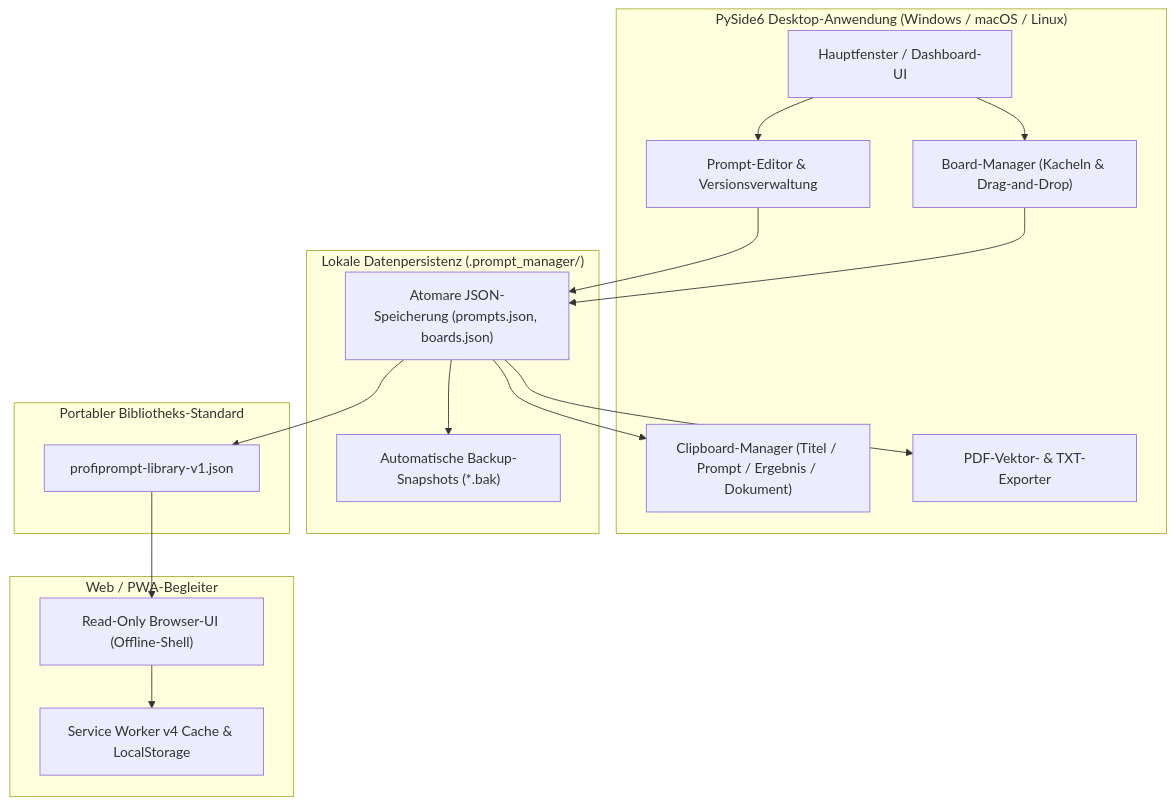
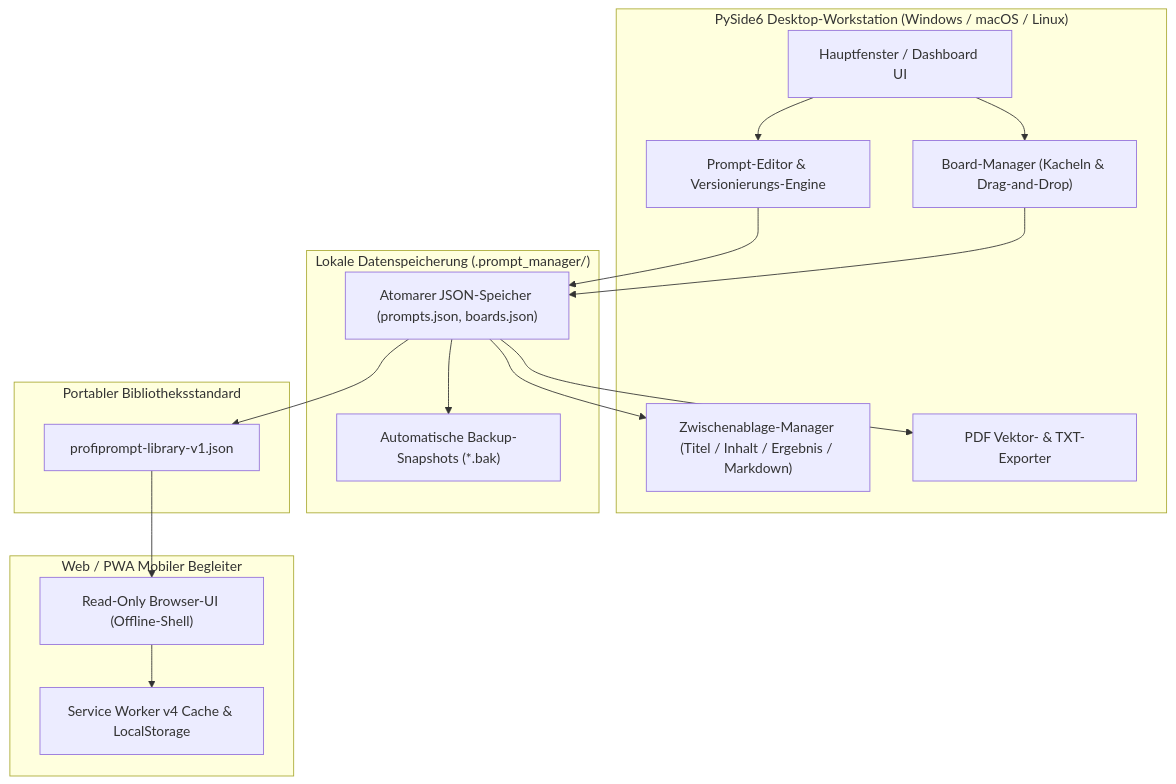
The first of 2 diagrams in README_de.md (file-bricks/ProfiPrompt), drawn with Mermaid before and after one commit. The commit also changed other lines of this file and 9 other files, not shown here.

Commit message:
chore(marketing): discoverability, visual architecture, bilingual parity, root NOTICE & Level 1 SBOM

````diff
--- a/README_de.md
+++ b/README_de.md
@@ -119,35 +128,35 @@
 ```mermaid
 flowchart TD
-    subgraph DesktopApp["PySide6 Desktop-Anwendung (Windows / macOS / Linux)"]
-        UI["Hauptfenster / Dashboard-UI"]
+    subgraph DesktopApp["PySide6 Desktop-Workstation (Windows / macOS / Linux)"]
+        UI["Hauptfenster / Dashboard UI"]
         BM["Board-Manager (Kacheln & Drag-and-Drop)"]
-        PM["Prompt-Editor & Versionsverwaltung"]
-        CM["Clipboard-Manager (Titel / Prompt / Ergebnis / Dokument)"]
-        EX["PDF-Vektor- & TXT-Exporter"]
+        PM["Prompt-Editor & Versionierungs-Engine"]
+        CM["Zwischenablage-Manager (Titel / Inhalt / Ergebnis / Markdown)"]
+        EX["PDF Vektor- & TXT-Exporter"]
     end
 
-    subgraph Storage["Lokale Datenpersistenz (.prompt_manager/)"]
-        JSONStore["Atomare JSON-Speicherung (prompts.json, boards.json)"]
+    subgraph Storage["Lokale Datenspeicherung (.prompt_manager/)"]
+        JSONStore["Atomarer JSON-Speicher (prompts.json, boards.json)"]
         BackupStore["Automatische Backup-Snapshots (*.bak)"]
     end
 
-    subgraph ExportFormat["Portabler Bibliotheks-Standard"]
+    subgraph ExportFormat["Portabler Bibliotheksstandard"]
         LibJSON["profiprompt-library-v1.json"]
     end
 
-    subgraph Companion["Web / PWA-Begleiter"]
+    subgraph Companion["Web / PWA Mobiler Begleiter"]
         PWA["Read-Only Browser-UI (Offline-Shell)"]
         LocalCache["Service Worker v4 Cache & LocalStorage"]
     end
 
     UI --> PM
     UI --> BM
     PM --> JSONStore
     BM --> JSONStore
     JSONStore --> BackupStore
     JSONStore --> CM
     JSONStore --> EX
     JSONStore --> LibJSON
     LibJSON --> PWA
     PWA --> LocalCache
 ```
````
